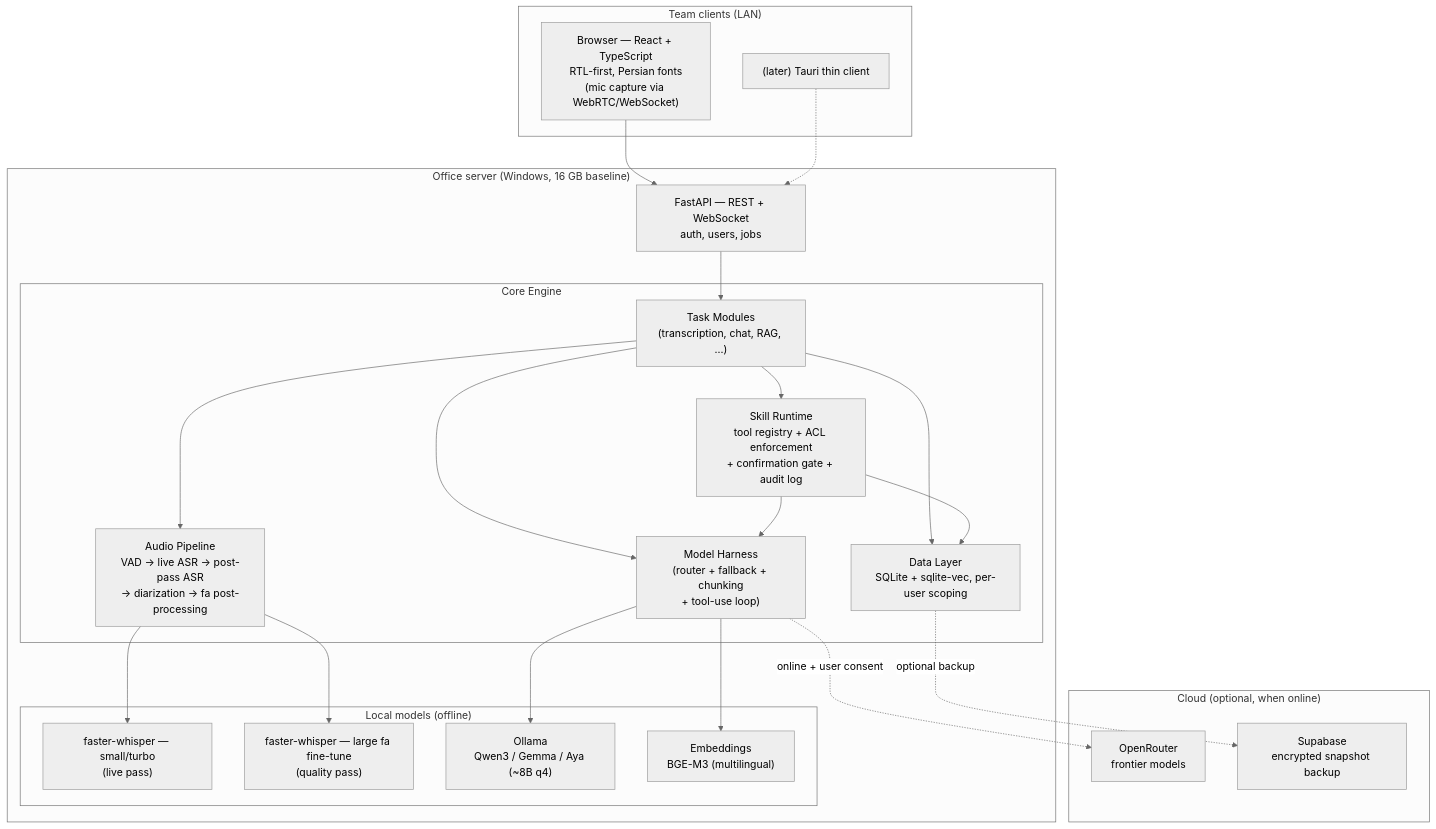
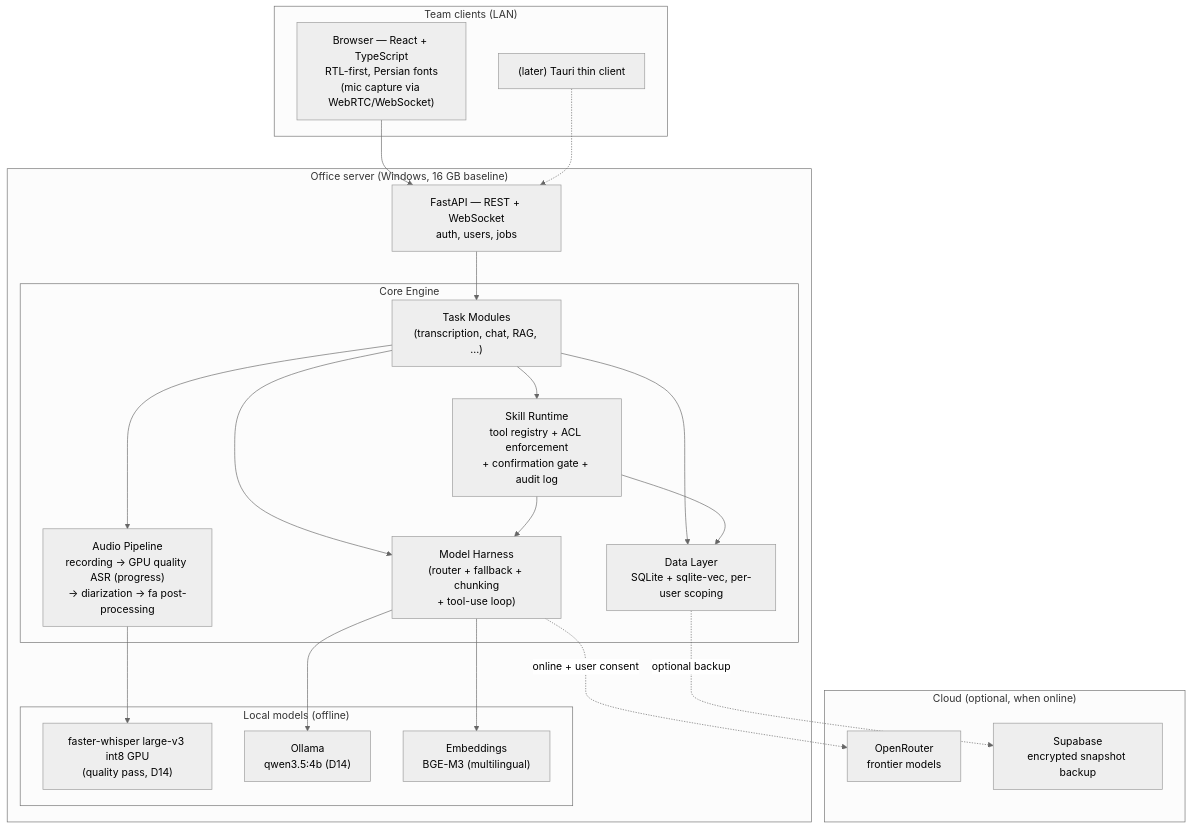
One commit to Dr-Bagheri/neurai-mvp changed the first of 3 diagrams in ARCHITECTURE.md. Above: the diagram before and after it, drawn with Mermaid (neutral theme). The commit also changed other lines of this file and 80 other files, not shown here.

````diff
--- a/ARCHITECTURE.md
+++ b/ARCHITECTURE.md
@@ -56,45 +56,43 @@
 ```mermaid
 flowchart TB
     subgraph Clients["Team clients (LAN)"]
         B1["Browser — React + TypeScript<br/>RTL-first, Persian fonts<br/>(mic capture via WebRTC/WebSocket)"]
         B2["(later) Tauri thin client"]
     end
 
     subgraph Server["Office server (Windows, 16 GB baseline)"]
         API["FastAPI — REST + WebSocket<br/>auth, users, jobs"]
         subgraph Core["Core Engine"]
             TM["Task Modules<br/>(transcription, chat, RAG, …)"]
             SK["Skill Runtime<br/>tool registry + ACL enforcement<br/>+ confirmation gate + audit log"]
             H["Model Harness<br/>(router + fallback + chunking<br/>+ tool-use loop)"]
-            AP["Audio Pipeline<br/>VAD → live ASR → post-pass ASR<br/>→ diarization → fa post-processing"]
+            AP["Audio Pipeline<br/>recording → GPU quality ASR (progress)<br/>→ diarization → fa post-processing"]
             DL["Data Layer<br/>SQLite + sqlite-vec, per-user scoping"]
         end
         subgraph Local["Local models (offline)"]
-            WL["faster-whisper — small/turbo<br/>(live pass)"]
-            WQ["faster-whisper — large fa fine-tune<br/>(quality pass)"]
-            OL["Ollama<br/>Qwen3 / Gemma / Aya (~8B q4)"]
+            WQ["faster-whisper large-v3 int8 GPU<br/>(quality pass, D14)"]
+            OL["Ollama<br/>qwen3.5:4b (D14)"]
             EMB["Embeddings<br/>BGE-M3 (multilingual)"]
         end
     end
 
     subgraph Cloud["Cloud (optional, when online)"]
         OR["OpenRouter<br/>frontier models"]
         SB["Supabase<br/>encrypted snapshot backup"]
     end
 
     B1 --> API
     B2 -.-> API
     API --> TM
     TM --> H
     TM --> AP
     TM --> DL
     TM --> SK
     SK --> H
     SK --> DL
-    AP --> WL
     AP --> WQ
     H --> OL
     H --> EMB
     H -. online + user consent .-> OR
     DL -. optional backup .-> SB
 ```
````
